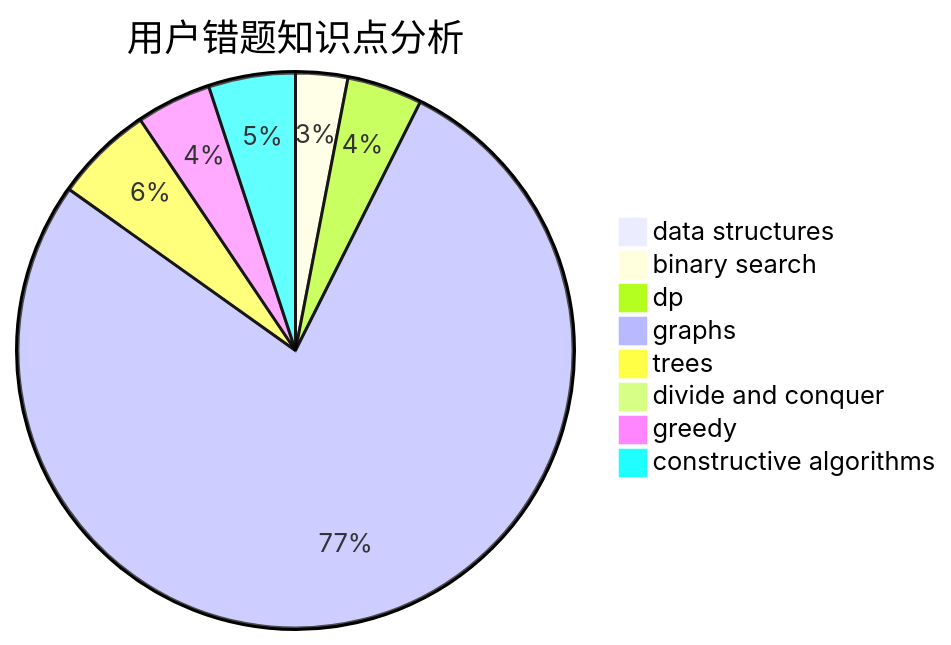
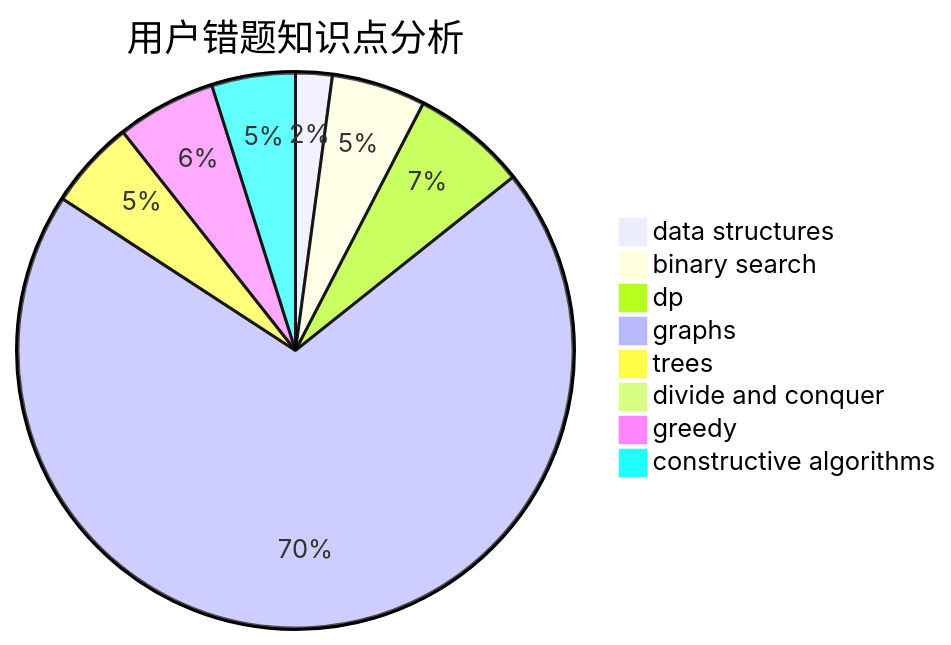
The third of 3 diagrams in docs/user/u2709.md (sherpahu/cfrs.github.io), drawn with Mermaid before and after one commit. The commit also changed other lines of this file and 2770 other files, not shown here.

````diff
--- a/docs/user/u2709.md
+++ b/docs/user/u2709.md
@@ -36,11 +36,11 @@
 ```mermaid
 pie title 用户错题知识点分析
-    "data structures" :  2
-    "binary search" :  9
-    "dp" :  13
+    "data structures" :  7
+    "binary search" :  18
+    "dp" :  22
     "graphs" :  230
     "trees" :  17
     "divide and conquer" :  0
-    "greedy" :  13
-    "constructive algorithms" :  15
+    "greedy" :  19
+    "constructive algorithms" :  16
 ```
````
